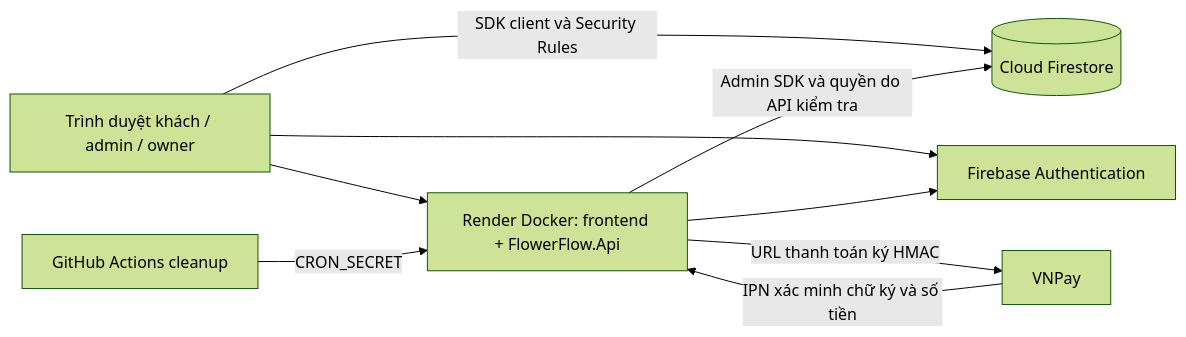
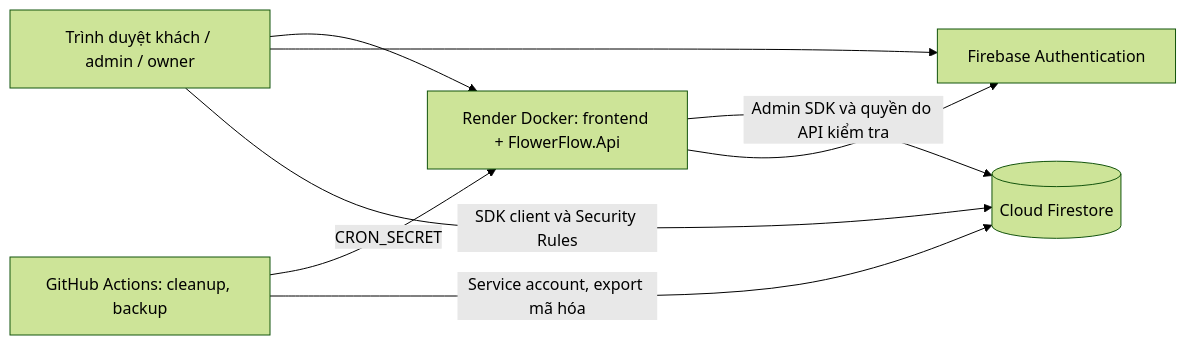
One commit to Rajat24111994/flower.com changed the first of 4 diagrams in docs/wiki/Software-Architecture-Document.md. Above: the diagram before and after it, drawn with Mermaid (forest theme). The commit also changed other lines of this file and 8 other files, not shown here.

````diff
--- a/docs/wiki/Software-Architecture-Document.md
+++ b/docs/wiki/Software-Architecture-Document.md
@@ -16,11 +16,10 @@
 ```mermaid
 flowchart LR
     Browser[Trình duyệt khách / admin / owner] --> Render[Render Docker: frontend + FlowerFlow.Api]
     Browser --> Auth[Firebase Authentication]
     Browser -->|SDK client và Security Rules| DB[(Cloud Firestore)]
     Render -->|Admin SDK và quyền do API kiểm tra| DB
     Render --> Auth
-    Render -->|URL thanh toán ký HMAC| VNPay[VNPay]
-    VNPay -->|IPN xác minh chữ ký và số tiền| Render
-    Actions[GitHub Actions cleanup] -->|CRON_SECRET| Render
+    Actions[GitHub Actions: cleanup, backup] -->|CRON_SECRET| Render
+    Actions -->|Service account, export mã hóa| DB
 ```
````
